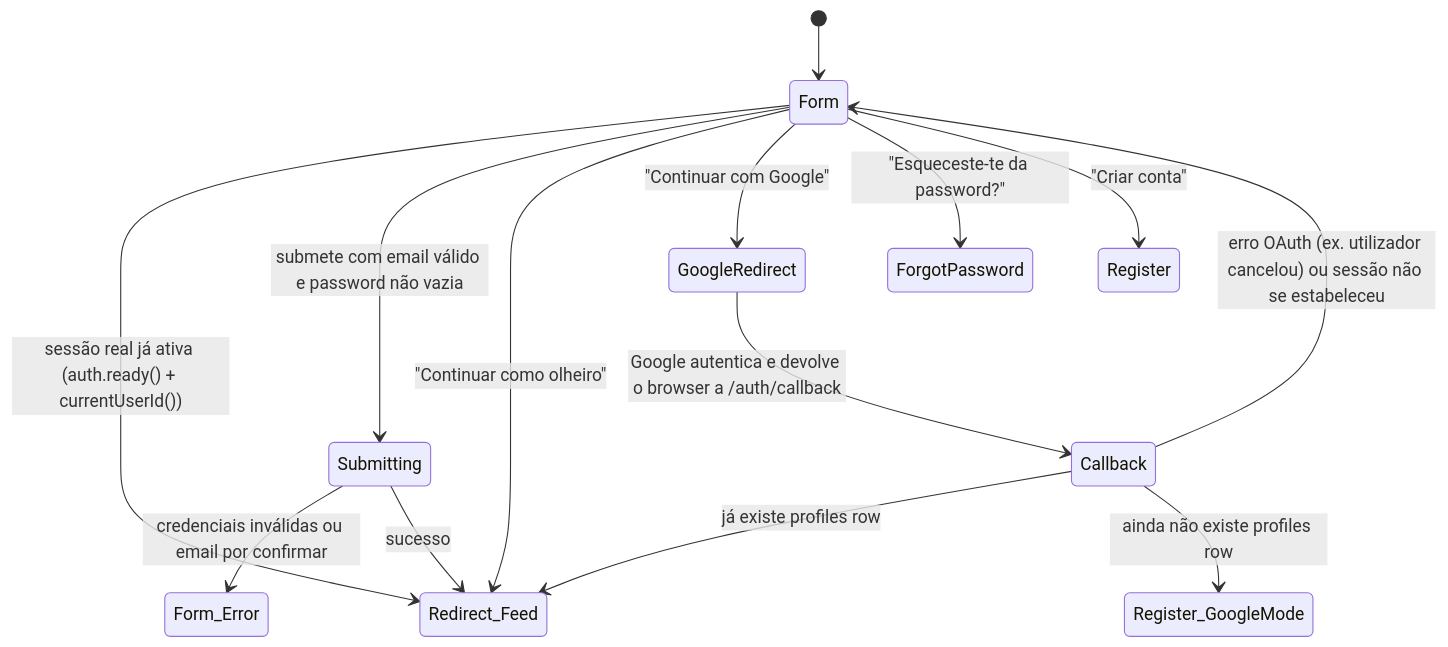
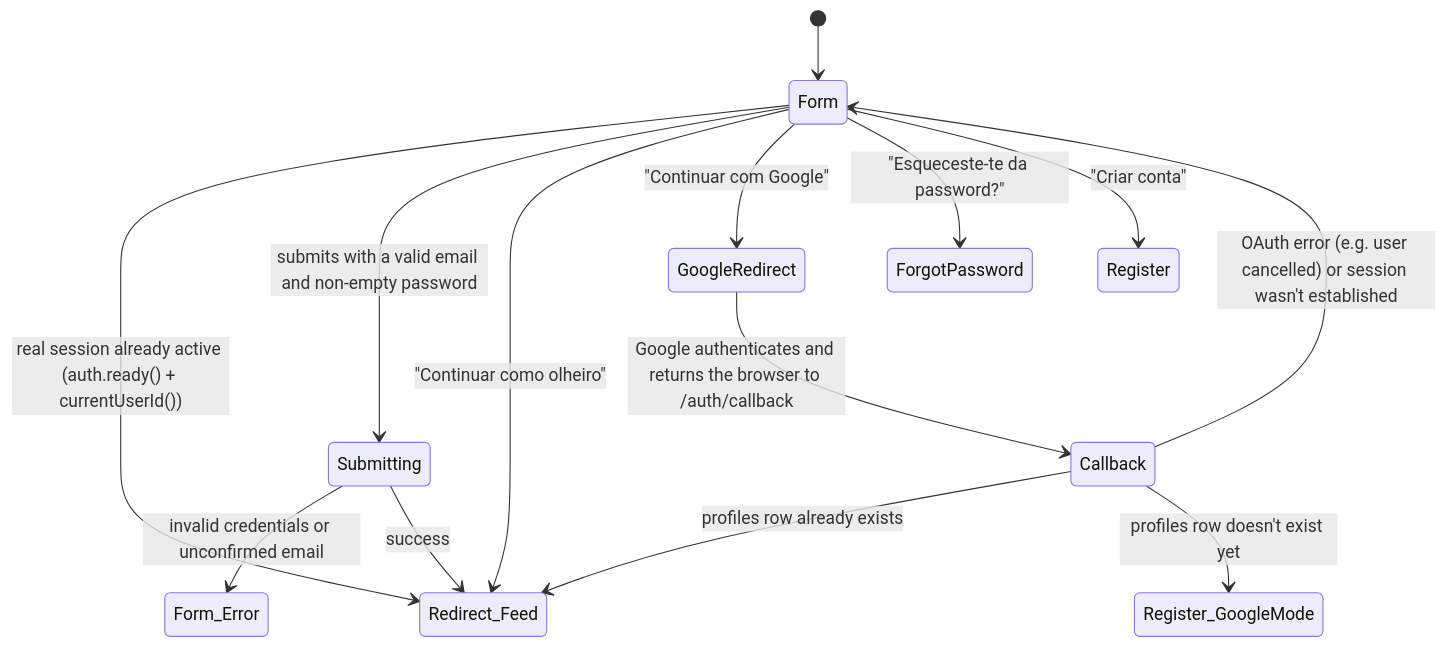
The diagram in docs/flows/login.md (dmsm2000/rally), drawn with Mermaid before and after one commit. The commit also changed other lines of this file and 10 other files, not shown here.

````diff
--- a/docs/flows/login.md
+++ b/docs/flows/login.md
@@ -19,16 +19,16 @@
 ```mermaid
 stateDiagram-v2
   [*] --> Form
-  Form --> Redirect_Feed: sessão real já ativa (auth.ready() + currentUserId())
-  Form --> Submitting: submete com email válido e password não vazia
-  Submitting --> Form_Error: credenciais inválidas ou email por confirmar
-  Submitting --> Redirect_Feed: sucesso
+  Form --> Redirect_Feed: real session already active (auth.ready() + currentUserId())
+  Form --> Submitting: submits with a valid email and non-empty password
+  Submitting --> Form_Error: invalid credentials or unconfirmed email
+  Submitting --> Redirect_Feed: success
   Form --> Redirect_Feed: "Continuar como olheiro"
   Form --> GoogleRedirect: "Continuar com Google"
-  GoogleRedirect --> Callback: Google autentica e devolve o browser a /auth/callback
-  Callback --> Redirect_Feed: já existe profiles row
-  Callback --> Register_GoogleMode: ainda não existe profiles row
-  Callback --> Form: erro OAuth (ex. utilizador cancelou) ou sessão não se estabeleceu
+  GoogleRedirect --> Callback: Google authenticates and returns the browser to /auth/callback
+  Callback --> Redirect_Feed: profiles row already exists
+  Callback --> Register_GoogleMode: profiles row doesn't exist yet
+  Callback --> Form: OAuth error (e.g. user cancelled) or session wasn't established
   Form --> ForgotPassword: "Esqueceste-te da password?"
   Form --> Register: "Criar conta"
 ```
````
